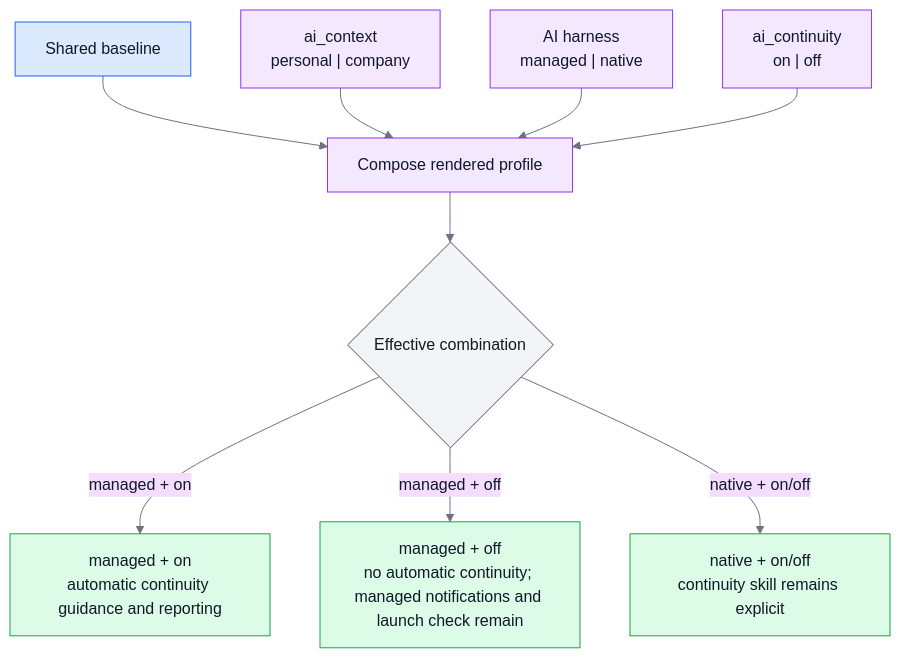
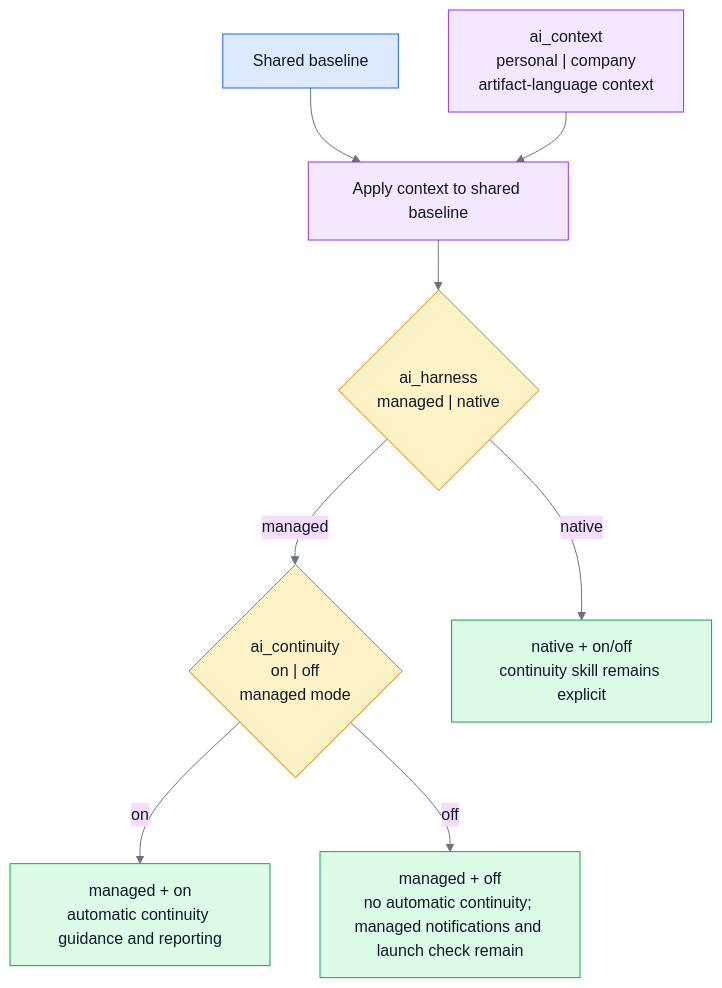
One commit to sherrilla71940/dotfiles changed the second of 4 diagrams in README.md. Above: the diagram before and after it, drawn with Mermaid. The commit also changed other lines of this file and 1 other file, not shown here.

Commit message:
docs(readme): refine diagram boundaries

````diff
--- a/README.md
+++ b/README.md
@@ -94,42 +106,40 @@
 ```mermaid
 %%{init: {"theme": "base", "themeVariables": {"primaryTextColor": "#111827", "nodeTextColor": "#111827", "textColor": "#111827", "lineColor": "#6b7280"}, "flowchart": {"useMaxWidth": true}}}%%
 flowchart TB
     baseline["Shared baseline"]:::base
-    context["ai_context<br/>personal | company"]:::choice
-    harness["AI harness<br/>managed | native"]:::choice
-    continuity["ai_continuity<br/>on | off"]:::choice
-    compose["Compose rendered profile"]:::process
-    effective{"Effective combination"}:::check
+    context["ai_context<br/>personal | company<br/>artifact-language context"]:::choice
+    profile["Apply context to shared baseline"]:::process
+    harness{"ai_harness<br/>managed | native"}:::decision
+    continuity{"ai_continuity<br/>on | off<br/>managed mode"}:::decision
     managedOn["managed + on<br/>automatic continuity guidance and reporting"]:::result
     managedOff["managed + off<br/>no automatic continuity; managed notifications and launch check remain"]:::result
     native["native + on/off<br/>continuity skill remains explicit"]:::result
 
-    baseline --> compose
-    context --> compose
-    harness --> compose
-    continuity --> compose
-    compose --> effective
-    effective -->|"managed + on"| managedOn
-    effective -->|"managed + off"| managedOff
-    effective -->|"native + on/off"| native
+    baseline --> profile
+    context --> profile
+    profile --> harness
+    harness -->|"managed"| continuity
+    continuity -->|"on"| managedOn
+    continuity -->|"off"| managedOff
+    harness -->|"native"| native
 
     classDef base fill:#dbeafe,stroke:#2563eb,color:#111827
     classDef choice fill:#f3e8ff,stroke:#9333ea,color:#111827
     classDef process fill:#f3e8ff,stroke:#9333ea,color:#111827
+    classDef decision fill:#fef3c7,stroke:#d97706,color:#111827
     classDef check fill:#f3f4f6,stroke:#4b5563,color:#111827
     classDef result fill:#dcfce7,stroke:#16a34a,color:#111827
     class baseline base
-    class context,harness,continuity choice
-    class compose process
-    class effective check
+    class context choice
+    class profile process
+    class harness,continuity decision
     class managedOn,managedOff,native result
     style baseline color:#111827
     style context color:#111827
+    style profile color:#111827
     style harness color:#111827
     style continuity color:#111827
-    style compose color:#111827
-    style effective color:#111827
     style managedOn color:#111827
     style managedOff color:#111827
     style native color:#111827
 ```
````
